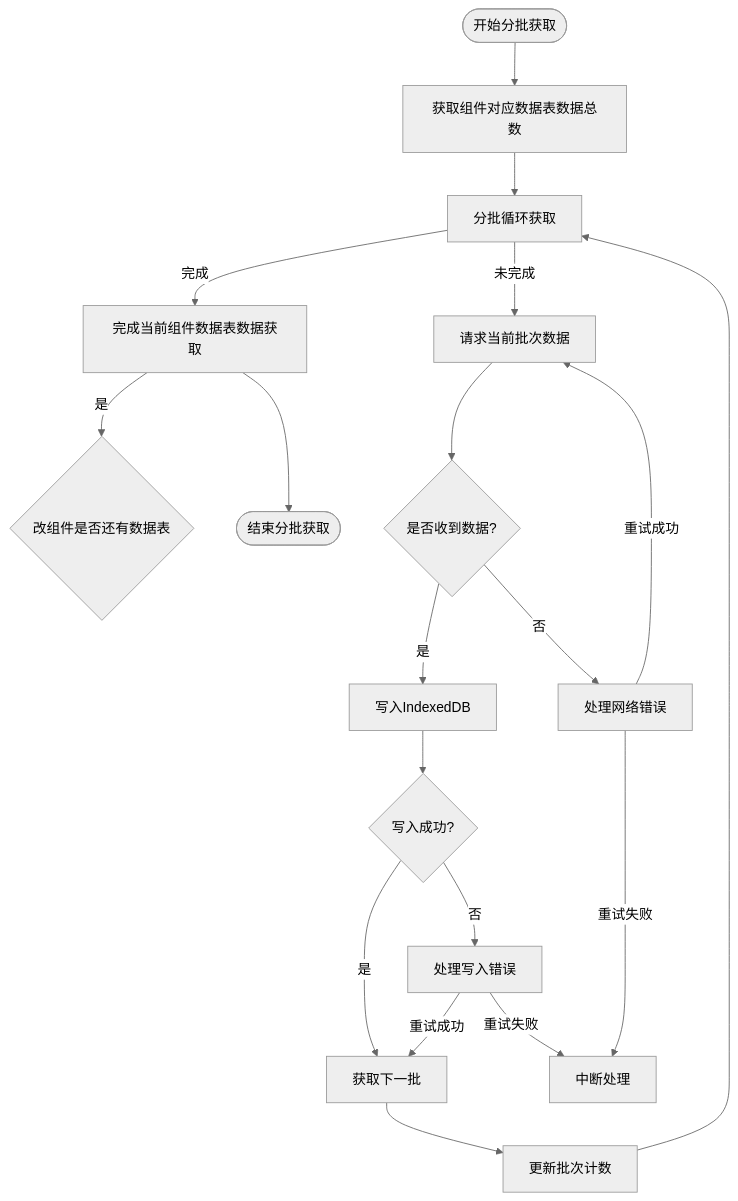
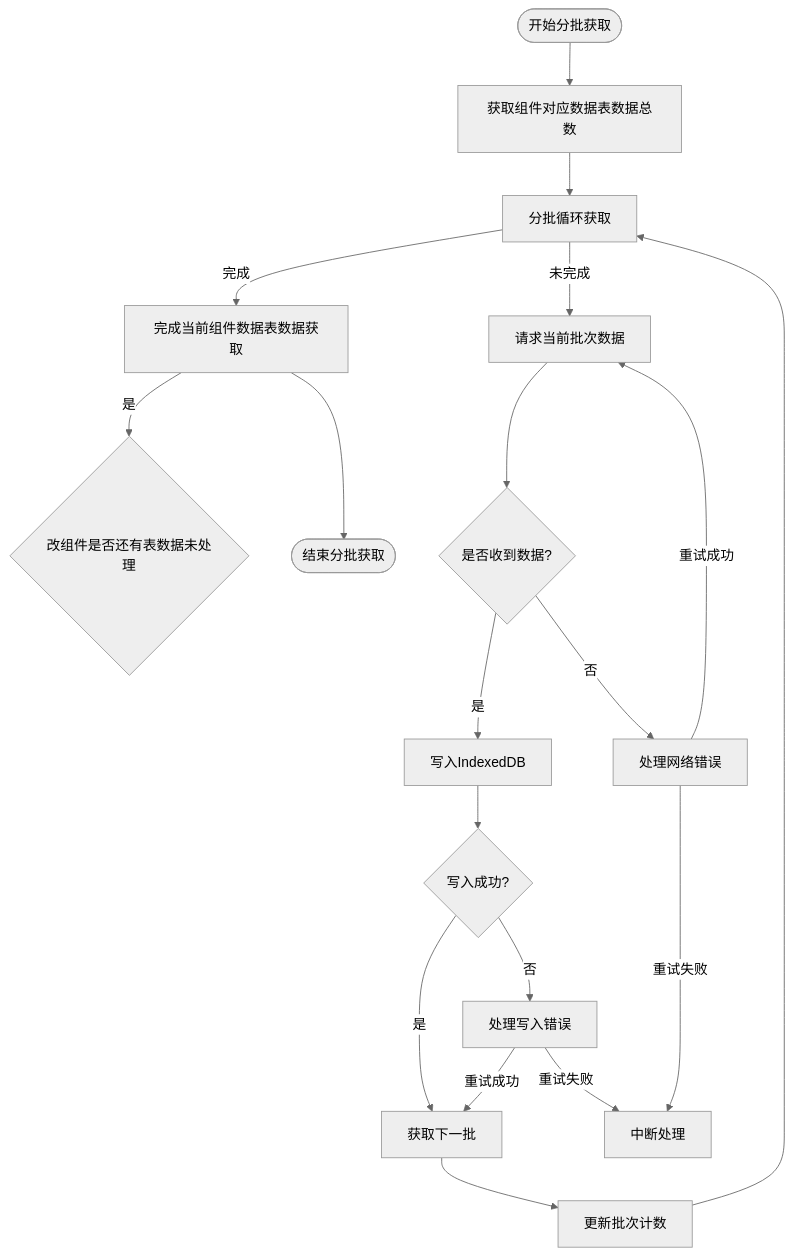
Before and after one commit to yingjianzh/iodraw-files: the diagram in all/未命名-56.md, drawn with Mermaid (neutral theme).

Commit message:
2025-05-12 10:25:13 update

````diff
--- a/all/未命名-56.md
+++ b/all/未命名-56.md
@@ -1,31 +1,31 @@
 ```mermaid
 
 flowchart TD
     StartBatch([开始分批获取]) --> InitializeBatch[获取组件对应数据表数据总数]
     InitializeBatch --> CheckBatchSize[分批循环获取]
     
     CheckBatchSize -->|完成| BatchComplete[完成当前组件数据表数据获取]
 
-    BatchComplete --> |是| HasNext{改组件是否还有数据表}
+    BatchComplete --> |是| HasNext{改组件是否还有表数据未处理}
     
     CheckBatchSize -->|未完成| RequestBatch[请求当前批次数据]
     RequestBatch --> ReceiveBatch{是否收到数据?}
     
     ReceiveBatch -->|是| WriteToDB[写入IndexedDB]
     
     WriteToDB --> BatchSuccess{写入成功?}
     BatchSuccess -->|是| NextBatch[获取下一批]
     BatchSuccess -->|否| HandleError[处理写入错误]
     HandleError -->|重试成功| NextBatch
     HandleError -->|重试失败| AbortProcess[中断处理]
     
     ReceiveBatch -->|否| HandleNetworkError[处理网络错误]
     HandleNetworkError -->|重试成功| RequestBatch
     HandleNetworkError -->|重试失败| AbortProcess
     
     NextBatch --> IncrementBatch[更新批次计数]
     IncrementBatch --> CheckBatchSize
     
     BatchComplete --> EndBatch([结束分批获取])
 
 ```
````
